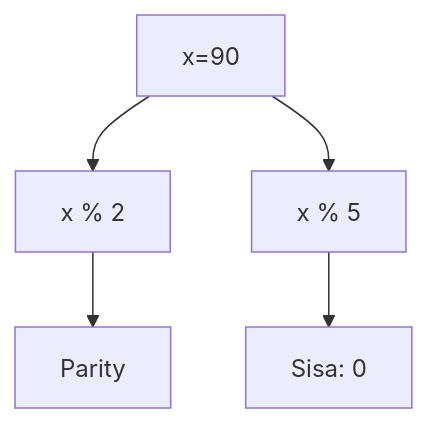
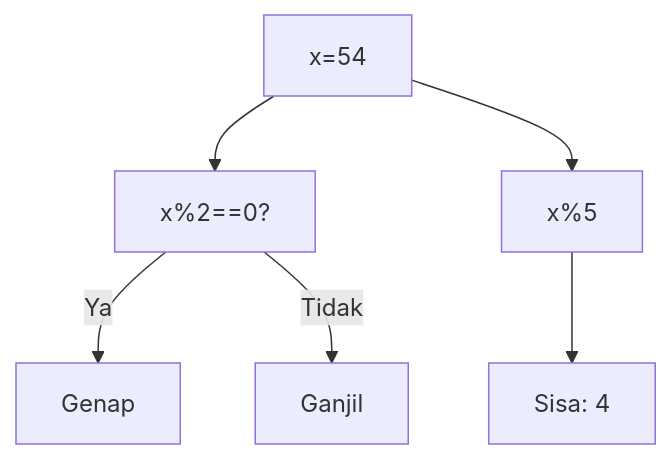
Before and after one commit to amnahwaida/OSNK_INF_PREP: diagram 12 of 25 in part-c-pemahaman-cpp/02-percabangan/latihan/set-03.md, drawn with Mermaid. The commit also changed other lines of this file and 71 other files, not shown here.

Commit message:
Fixed Mermaid syntax lexical errors with quoted labels in 1,800 questions

````diff
--- a/part-c-pemahaman-cpp/02-percabangan/latihan/set-03.md
+++ b/part-c-pemahaman-cpp/02-percabangan/latihan/set-03.md
@@ -205,7 +367,8 @@
 ```mermaid
 graph TD
-A[x=90] --> B[x % 2]
-B --> C[Parity]
-A --> D[x % 5]
-D --> E[Sisa: 0]
+A["x=54"] --> B["x%2==0?"]
+B -- Ya --> C["Genap"]
+B -- Tidak --> D["Ganjil"]
+A --> E["x%5"]
+E --> F["Sisa: 4"]
 ```
````
